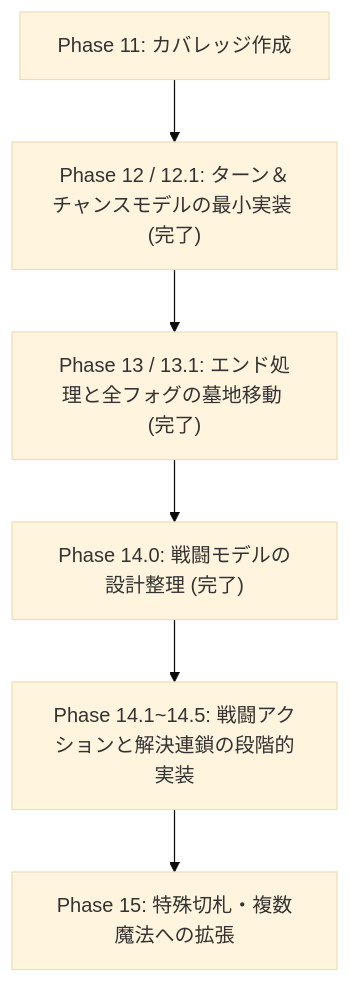
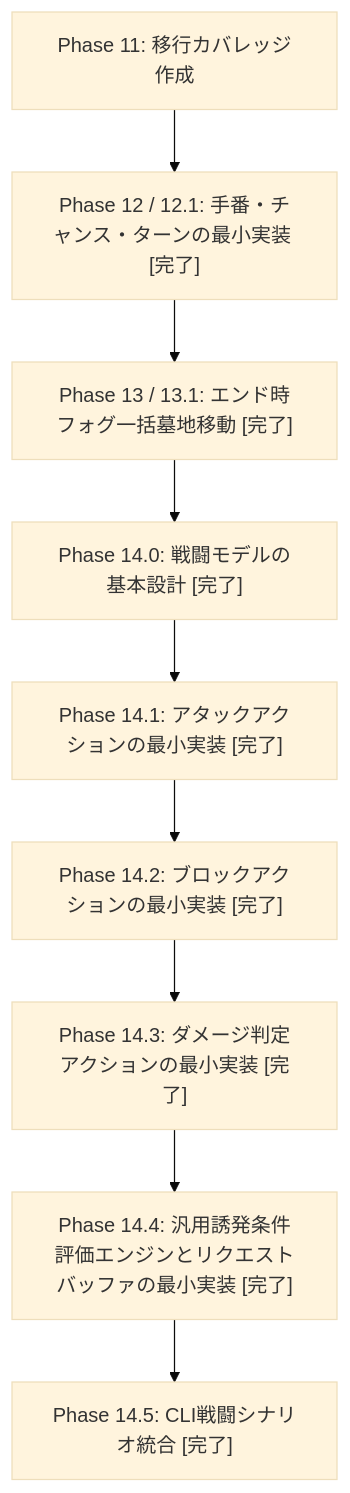
One commit to BlackPoker/BlackPoker changed the diagram in tools/simulator/docs/rules-vnext-coverage.md. Above: the diagram before and after it, drawn with Mermaid (base theme). The commit also changed other lines of this file and 10 other files, not shown here.

Commit message:
feat: 汎用誘発条件評価エンジンとリクエストバッファの最小実装 (Phase 14.4)

````diff
--- a/tools/simulator/docs/rules-vnext-coverage.md
+++ b/tools/simulator/docs/rules-vnext-coverage.md
@@ -169,8 +77,11 @@
 ```mermaid
 graph TD
-    A["Phase 11: カバレッジ作成"] --> B["Phase 12 / 12.1: ターン＆チャンスモデルの最小実装 (完了)"]
-    B --> C["Phase 13 / 13.1: エンド処理と全フォグの墓地移動 (完了)"]
-    C --> D["Phase 14.0: 戦闘モデルの設計整理 (完了)"]
-    D --> D1["Phase 14.1~14.5: 戦闘アクションと解決連鎖の段階的実装"]
-    D1 --> E["Phase 15: 特殊切札・複数魔法への拡張"]
+    A["Phase 11: 移行カバレッジ作成"] --> B["Phase 12 / 12.1: 手番・チャンス・ターンの最小実装 [完了]"]
+    B --> C["Phase 13 / 13.1: エンド時フォグ一括墓地移動 [完了]"]
+    C --> D["Phase 14.0: 戦闘モデルの基本設計 [完了]"]
+    D --> D1["Phase 14.1: アタックアクションの最小実装 [完了]"]
+    D1 --> D2["Phase 14.2: ブロックアクションの最小実装 [完了]"]
+    D2 --> D3["Phase 14.3: ダメージ判定アクションの最小実装 [完了]"]
+    D3 --> D4["Phase 14.4: 汎用誘発条件評価エンジンとリクエストバッファの最小実装 [完了]"]
+    D4 --> D5["Phase 14.5: CLI戦闘シナリオ統合 [完了]"]
 ```
````
